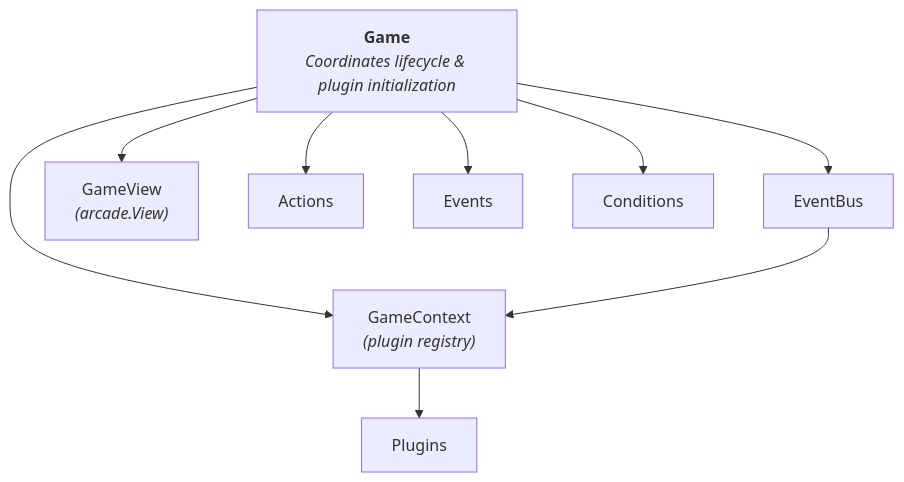
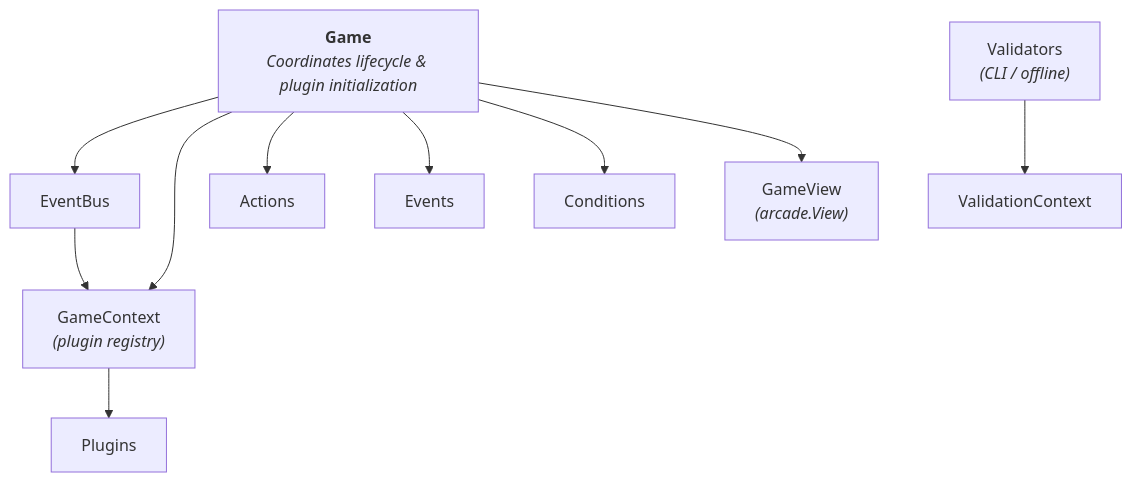
Before and after one commit to msaizar/pedre: the diagram in docs/api/index.md, drawn with Mermaid. The commit also changed other lines of this file and 3 other files, not shown here.

````diff
--- a/docs/api/index.md
+++ b/docs/api/index.md
@@ -11,20 +11,23 @@
 ```mermaid
 graph TD
     Game["<b>Game</b><br/><i>Coordinates lifecycle &amp; plugin initialization</i>"]
     EventBus["EventBus"]
     GameContext["GameContext<br/><i>(plugin registry)</i>"]
     GameView["GameView<br/><i>(arcade.View)</i>"]
     Actions["Actions"]
     Events["Events"]
     Conditions["Conditions"]
     Plugins["Plugins"]
+    Validators["Validators<br/><i>(CLI / offline)</i>"]
+    ValidationContext["ValidationContext"]
 
     Game --> EventBus
     Game --> GameContext
     Game --> Actions
     Game --> Events
     Game --> Conditions
     Game --> GameView
     EventBus --> GameContext
     GameContext --> Plugins
+    Validators --> ValidationContext
 ```
````
